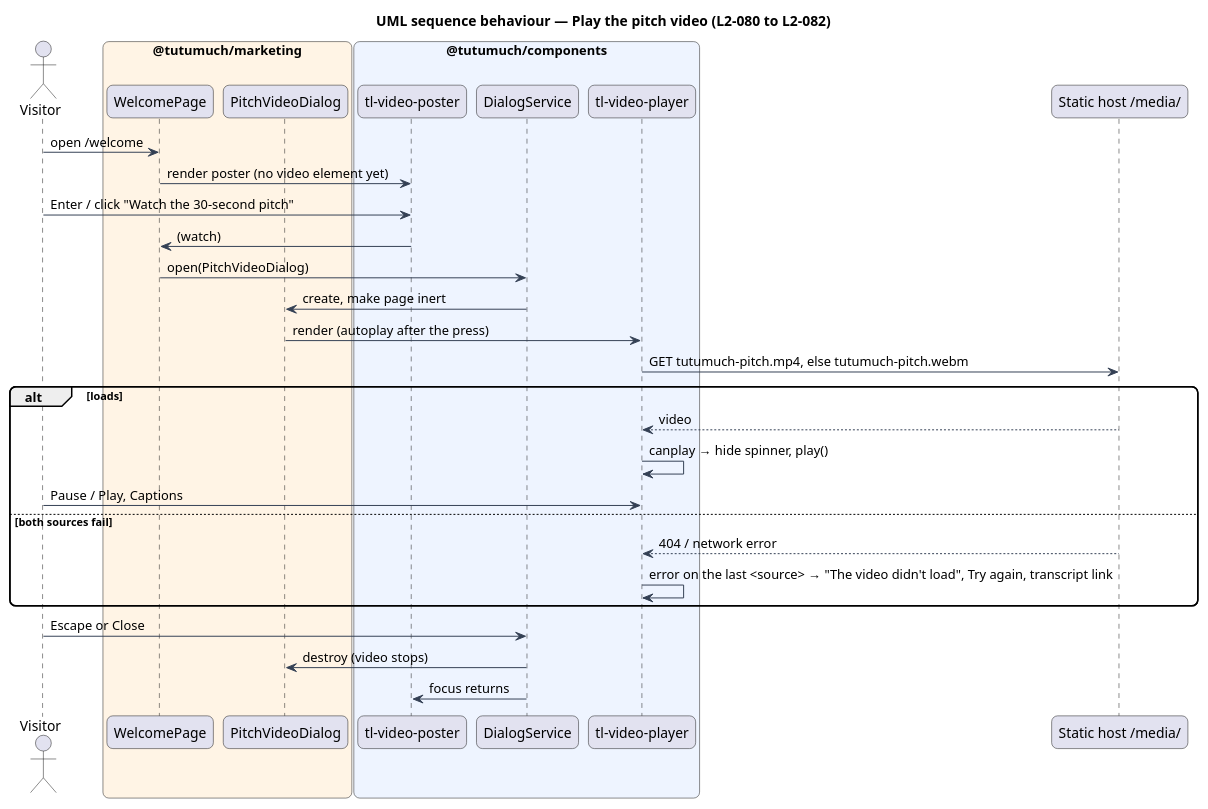
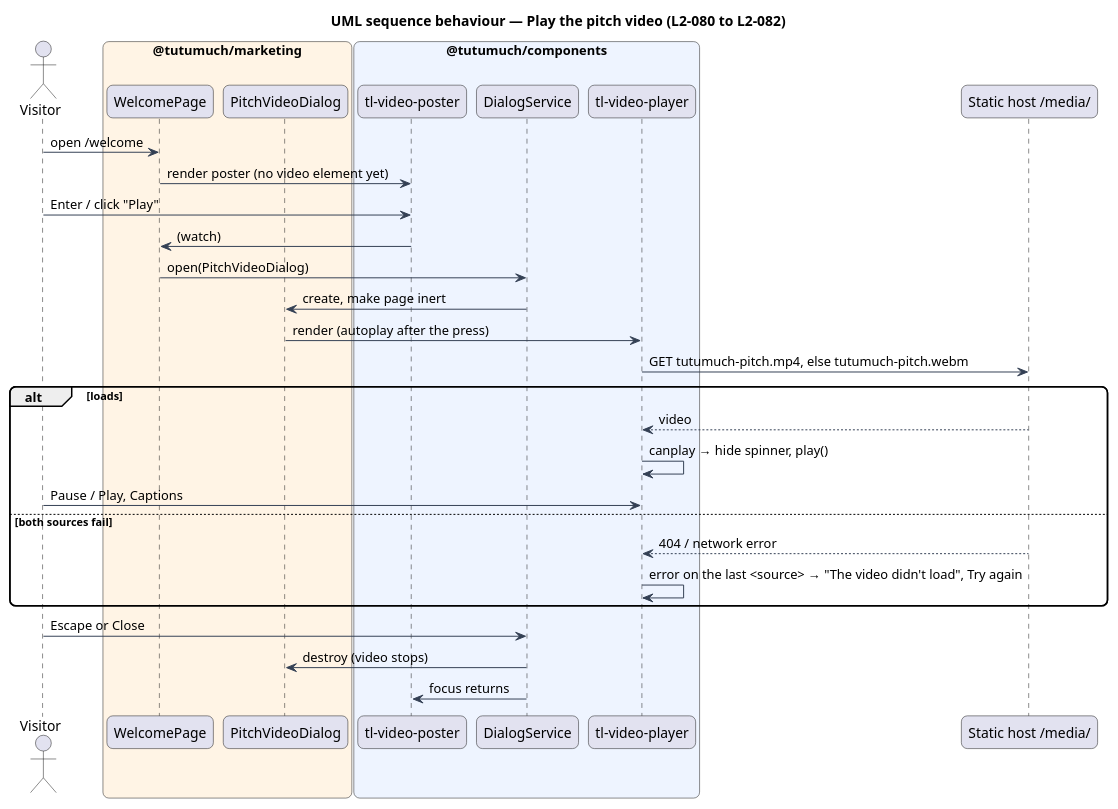
Before and after one commit to QuinntyneBrown/tutumuch: the diagram in docs/detailed-designs/platform/marketing-page/diagrams/sequence-play-video.puml, drawn with PlantUML. The commit also changed 46 other files, not shown here.

First line of the commit message:
Simplify the pitch video and add link-preview tags

```diff
--- a/docs/detailed-designs/platform/marketing-page/diagrams/sequence-play-video.puml
+++ b/docs/detailed-designs/platform/marketing-page/diagrams/sequence-play-video.puml
@@ -1,39 +1,39 @@
 @startuml
 title UML sequence behaviour — Play the pitch video (L2-080 to L2-082)
 skinparam backgroundColor #FFFFFF
 skinparam shadowing false
 skinparam roundcorner 12
 skinparam defaultFontName Arial
 skinparam ArrowColor #344054
 actor "Visitor" as v
 box "@tutumuch/marketing" #FFF4E5
   participant "WelcomePage" as page
   participant "PitchVideoDialog" as dlg
 end box
 box "@tutumuch/components" #EEF4FF
   participant "tl-video-poster" as poster
   participant "DialogService" as ds
   participant "tl-video-player" as player
 end box
 participant "Static host /media/" as host
 
 v -> page : open /welcome
 page -> poster : render poster (no video element yet)
-v -> poster : Enter / click "Watch the 30-second pitch"
+v -> poster : Enter / click "Play"
 poster -> page : (watch)
 page -> ds : open(PitchVideoDialog)
 ds -> dlg : create, make page inert
 dlg -> player : render (autoplay after the press)
 player -> host : GET tutumuch-pitch.mp4, else tutumuch-pitch.webm
 alt loads
   host --> player : video
   player -> player : canplay → hide spinner, play()
   v -> player : Pause / Play, Captions
 else both sources fail
   host --> player : 404 / network error
-  player -> player : error on the last <source> → "The video didn't load", Try again, transcript link
+  player -> player : error on the last <source> → "The video didn't load", Try again
 end
 v -> ds : Escape or Close
 ds -> dlg : destroy (video stops)
 ds -> poster : focus returns
 @enduml
```
